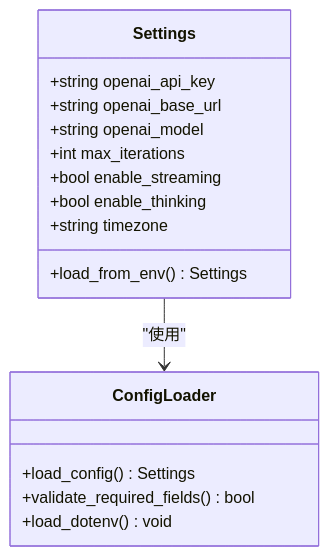
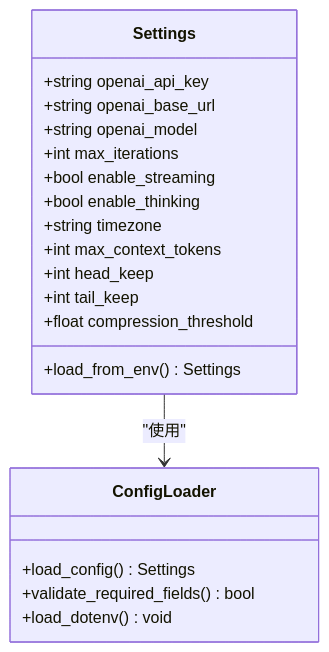
Before and after one commit to 250shiwo/MySmallAgent: the second of 10 diagrams in .qoder/repowiki/zh/content/项目概述.md, drawn with Mermaid. The commit also changed other lines of this file and 28 other files, not shown here.

````diff
--- a/.qoder/repowiki/zh/content/项目概述.md
+++ b/.qoder/repowiki/zh/content/项目概述.md
@@ -151,19 +192,23 @@
 ```mermaid
 classDiagram
 class Settings {
 +string openai_api_key
 +string openai_base_url
 +string openai_model
 +int max_iterations
 +bool enable_streaming
 +bool enable_thinking
 +string timezone
++int max_context_tokens
++int head_keep
++int tail_keep
++float compression_threshold
 +load_from_env() Settings
 }
 class ConfigLoader {
 +load_config() Settings
 +validate_required_fields() bool
 +load_dotenv() void
 }
 Settings --> ConfigLoader : "使用"
 ```
````
